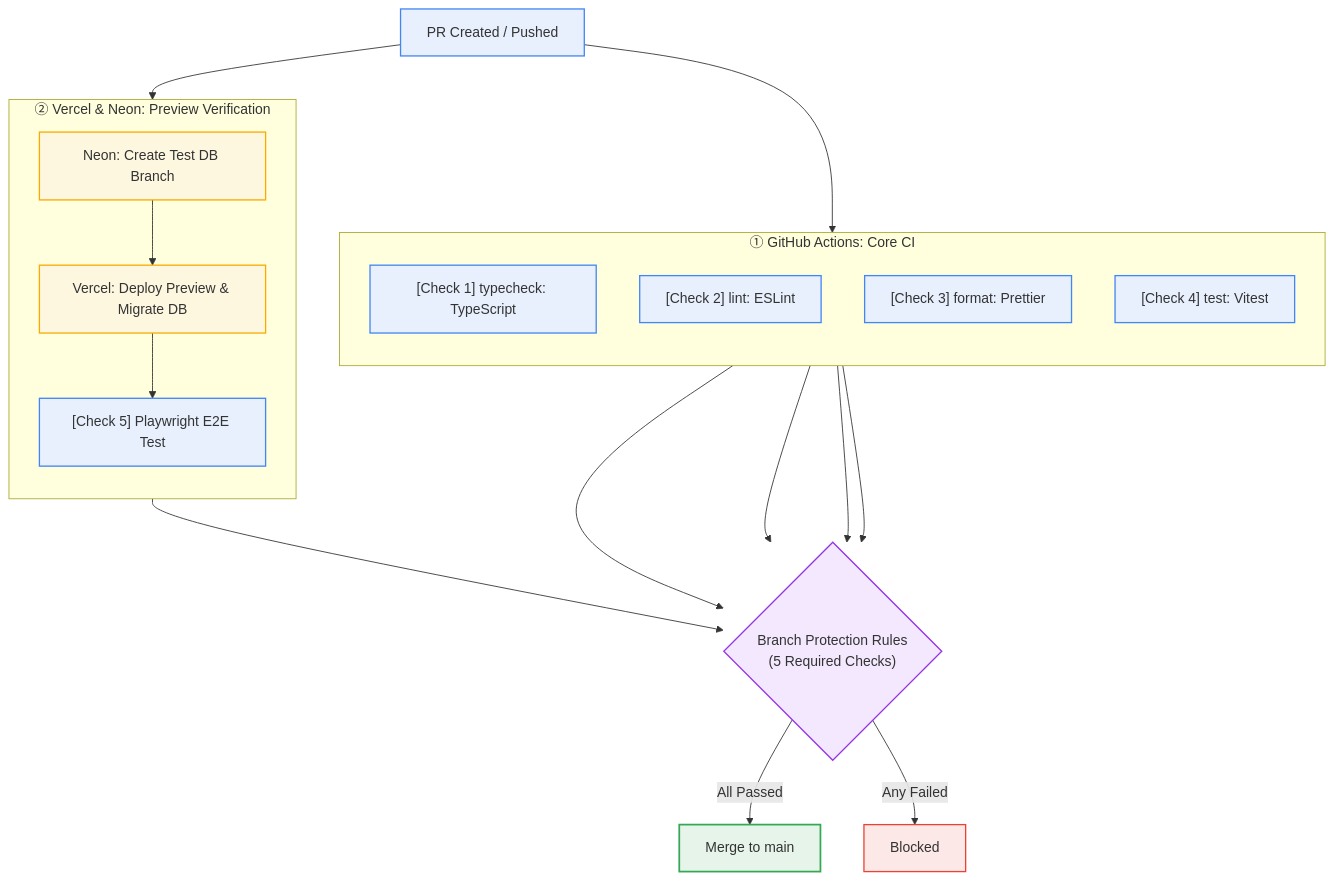
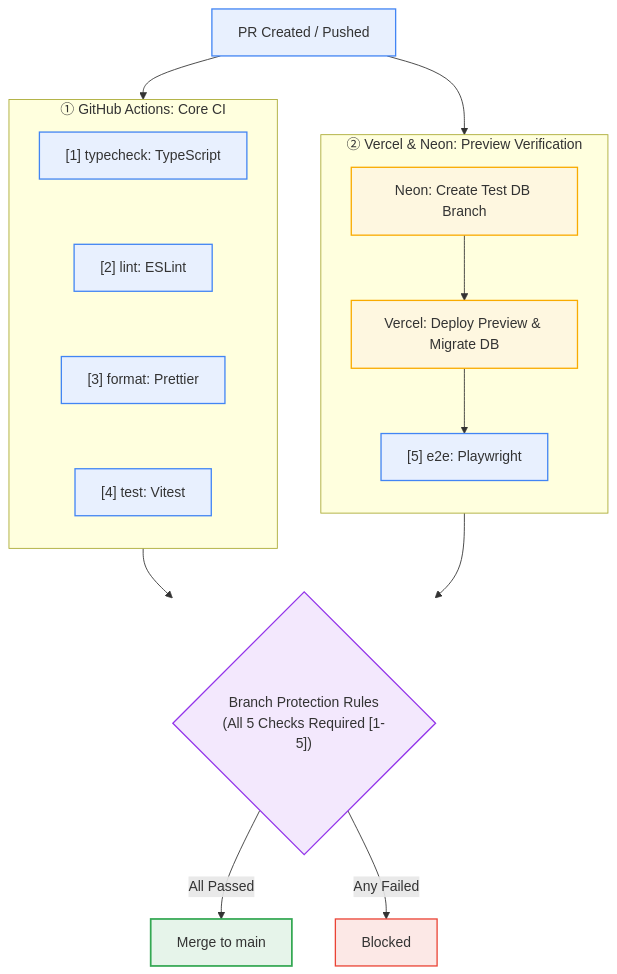
The first of 2 diagrams in README.md (asaborian/material-request), drawn with Mermaid before and after one commit.

Commit message:
docs: コアCIの4チェックを縦並び(TB)に固定し付番と接続を整理

````diff
--- a/README.md
+++ b/README.md
@@ -28,35 +28,37 @@
 ```mermaid
 flowchart TD
     classDef check fill:#e8f0fe,stroke:#4285f4,stroke-width:1.5px;
     classDef db fill:#fef7e0,stroke:#f9ab00,stroke-width:1.5px;
     classDef gate fill:#f3e8fd,stroke:#9334ea,stroke-width:1.5px;
     classDef ok fill:#e6f4ea,stroke:#34a853,stroke-width:2px;
     classDef ng fill:#fce8e6,stroke:#ea4335,stroke-width:1.5px;
 
     PR["PR Created / Pushed"]:::check
 
     subgraph CI [" ① GitHub Actions: Core CI "]
         direction TB
-        TC["[Check 1] typecheck: TypeScript"]:::check
-        LINT["[Check 2] lint: ESLint"]:::check
-        FMT["[Check 3] format: Prettier"]:::check
-        UNIT["[Check 4] test: Vitest"]:::check
+        TC["[1] typecheck: TypeScript"]:::check
+        LINT["[2] lint: ESLint"]:::check
+        FMT["[3] format: Prettier"]:::check
+        UNIT["[4] test: Vitest"]:::check
+        TC ~~~ LINT ~~~ FMT ~~~ UNIT
     end
 
     subgraph PREVIEW [" ② Vercel & Neon: Preview Verification "]
         direction TB
         NEON["Neon: Create Test DB Branch"]:::db
         VERCEL["Vercel: Deploy Preview & Migrate DB"]:::db
-        E2E["[Check 5] Playwright E2E Test"]:::check
+        E2E["[5] e2e: Playwright"]:::check
         NEON --> VERCEL --> E2E
     end
 
     PR --> CI
     PR --> PREVIEW
 
-    %% 5つの必須チェックが直接合流
-    TC & LINT & FMT & UNIT & E2E --> GATE{"Branch Protection Rules<br>(5 Required Checks)"}:::gate
+    %% コアCI(1-4)とプレビューE2E(5)が合流してゲート判定
+    CI --> GATE{"Branch Protection Rules<br>(All 5 Checks Required [1-5])"}:::gate
+    E2E --> GATE
 
     GATE -->|All Passed| PASS["Merge to main"]:::ok
     GATE -->|Any Failed| FAIL["Blocked"]:::ng
 ```
````
